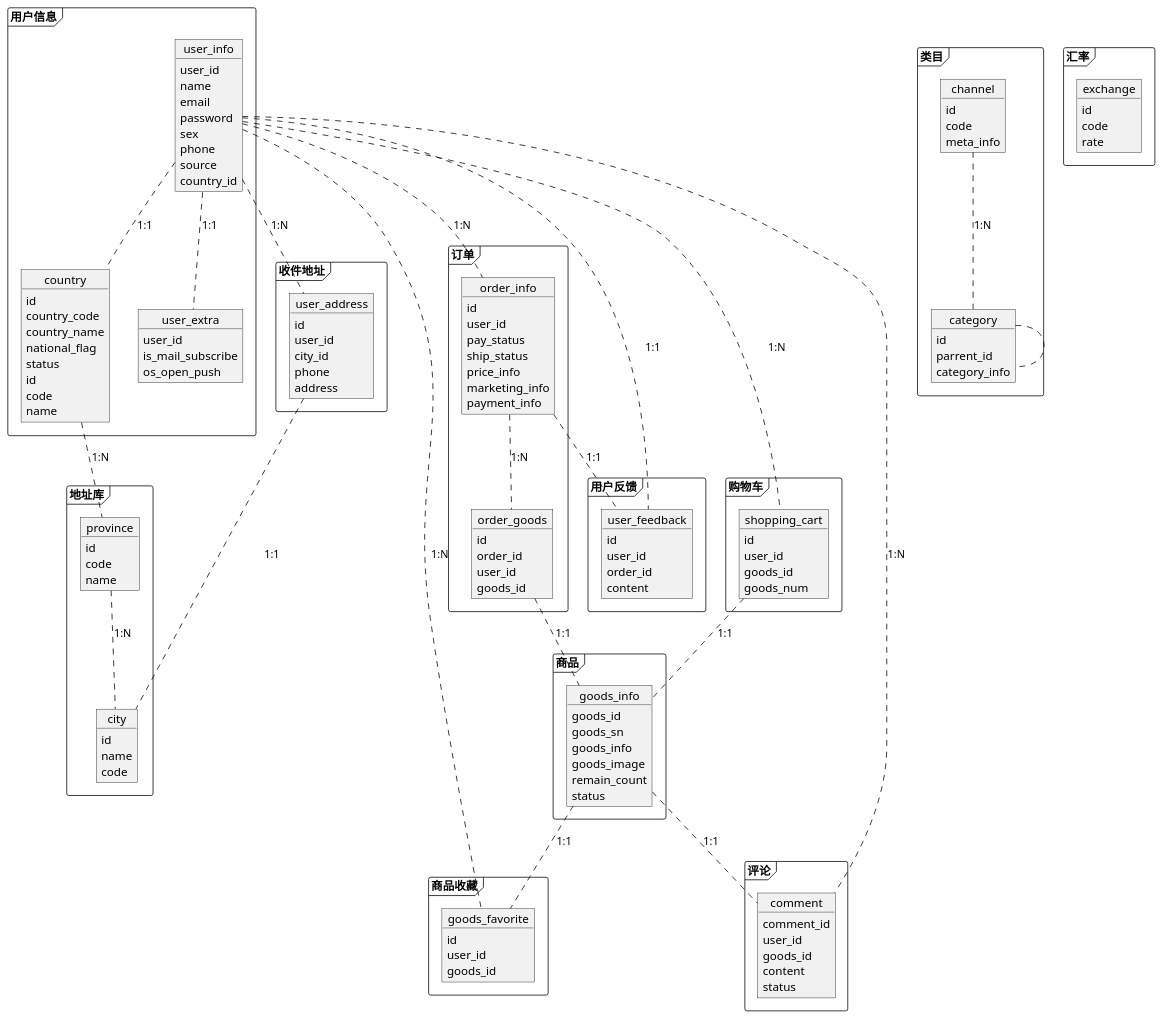
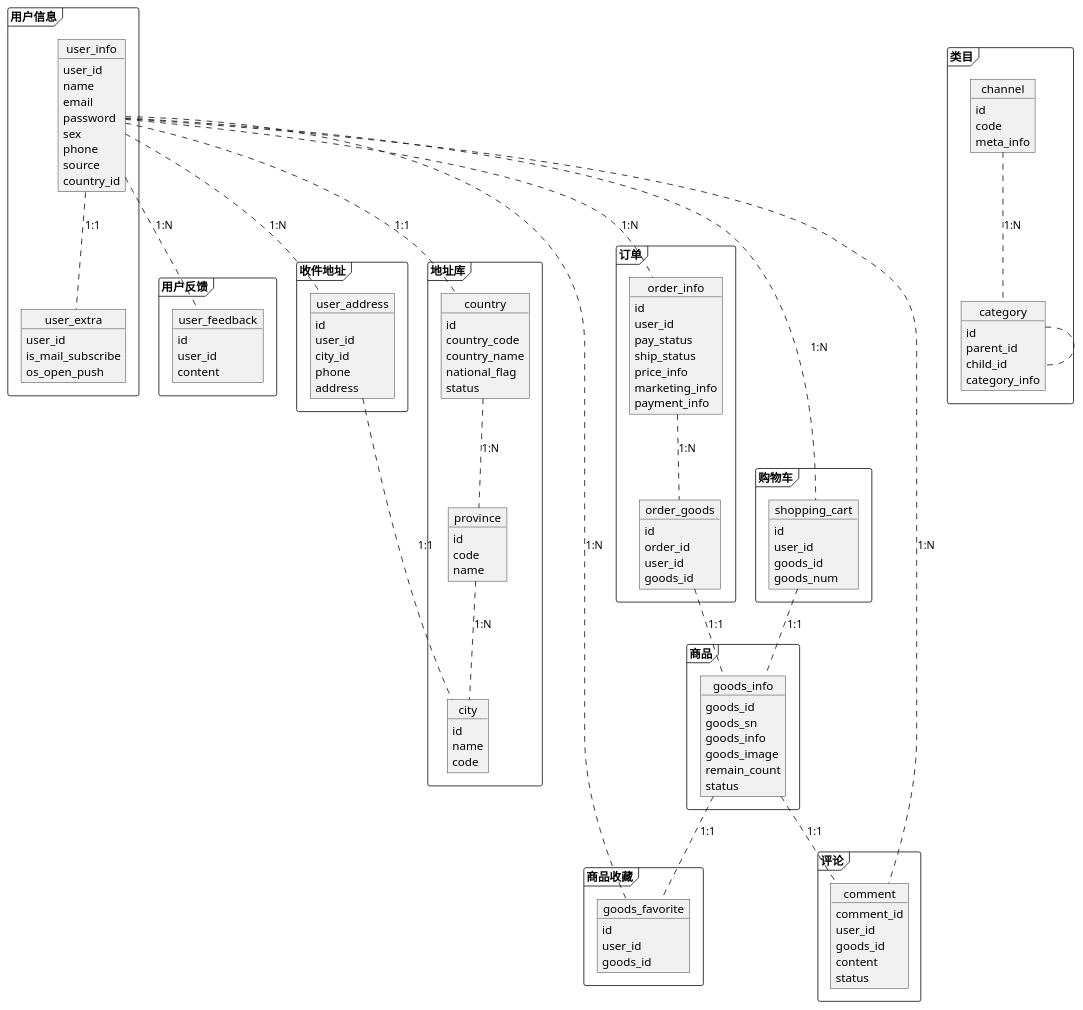
The diagram in shop.puml (wonderflyer/doc), drawn with PlantUML before and after one commit.

```diff
--- a/shop.puml
+++ b/shop.puml
@@ -1,179 +1,166 @@
 @startuml
 
 
 frame 用户信息 {
 object user_info {
     user_id
     name
     email
     password
     sex
     phone
     source
     country_id
 }
 
-object country {
-    id
-    country_code
-    country_name
-    national_flag
-    status
-}
 
-user_info .. country: 1:1
 
 object user_extra {
     user_id
     is_mail_subscribe
     os_open_push
 }
 }
 
+frame 用户反馈{
+object user_feedback {
+    id
+    user_id
+    content
+}
+}
 
 frame 收件地址{
 object user_address {
     id
     user_id
     city_id
     phone
     address
 }
 }
 
 frame 订单 {
 	object order_info {
 		id
 		user_id
 		pay_status
 		ship_status
 		price_info
 		marketing_info
 		payment_info
 	}
 
 	object order_goods {
 		id
 		order_id
 		user_id
 		goods_id
 	}
 }
 
 frame 商品{
 object goods_info {
     goods_id
     goods_sn
     goods_info
     goods_image
     remain_count
     status
 }
 }
 
 frame 商品收藏{
 object goods_favorite {
     id
     user_id
     goods_id
 }
 }
 
-frame 用户反馈{
-object user_feedback {
-    id
-    user_id
-    order_id
-    content
-}
-}
 
 frame 类目 {
 object category {
     id
-    parrent_id
+    parent_id
+    child_id
     category_info
 }
 
 object channel {
     id
     code
     meta_info
 }
 }
 
 frame 地址库{
 object country {
     id
-    code
-    name
+    country_code
+    country_name
+    national_flag
+    status
 }
+
+user_info .. country: 1:1
 
 object province {
     id
     code
     name
 }
 
 object city {
     id
     name
     code
 }
 }
 
 
 frame 购物车{
 object shopping_cart {
     id
     user_id
     goods_id
     goods_num
-}
-}
-
-frame 汇率{
-object exchange {
-    id
-    code
-    rate
 }
 }
 
 frame 评论 {
     object comment {
         comment_id
         user_id
         goods_id
         content
         status
     }
 }
 
 
 user_info .. user_address : 1:N
 user_info .. user_extra: 1:1
 country .. province : 1:N
 province .. city : 1:N
 user_address .. city : 1:1
 
 user_info .. comment : 1:N
 goods_info .. comment : 1:1
 
 user_info .. goods_favorite : 1:N
 goods_info .. goods_favorite : 1:1
 
 user_info .. shopping_cart : 1:N
 shopping_cart .. goods_info : 1:1
 
-user_info .. user_feedback : 1:1
-order_info .. user_feedback : 1:1
+user_info .. user_feedback : 1:N
 
 channel .. category : 1:N
 category .. category
 
 user_info .. order_info : 1:N
 order_info .. order_goods : 1:N
 order_goods .. goods_info : 1:1
 
 @enduml
```
